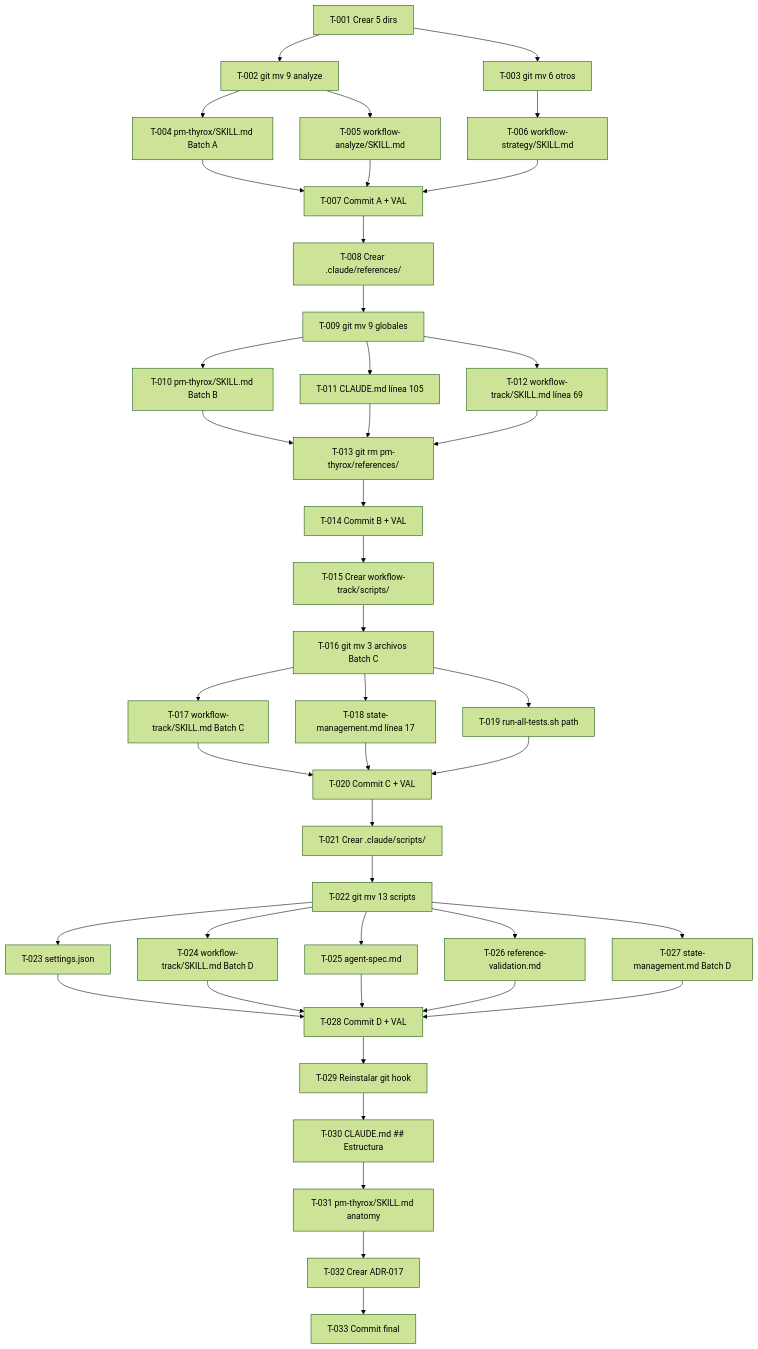
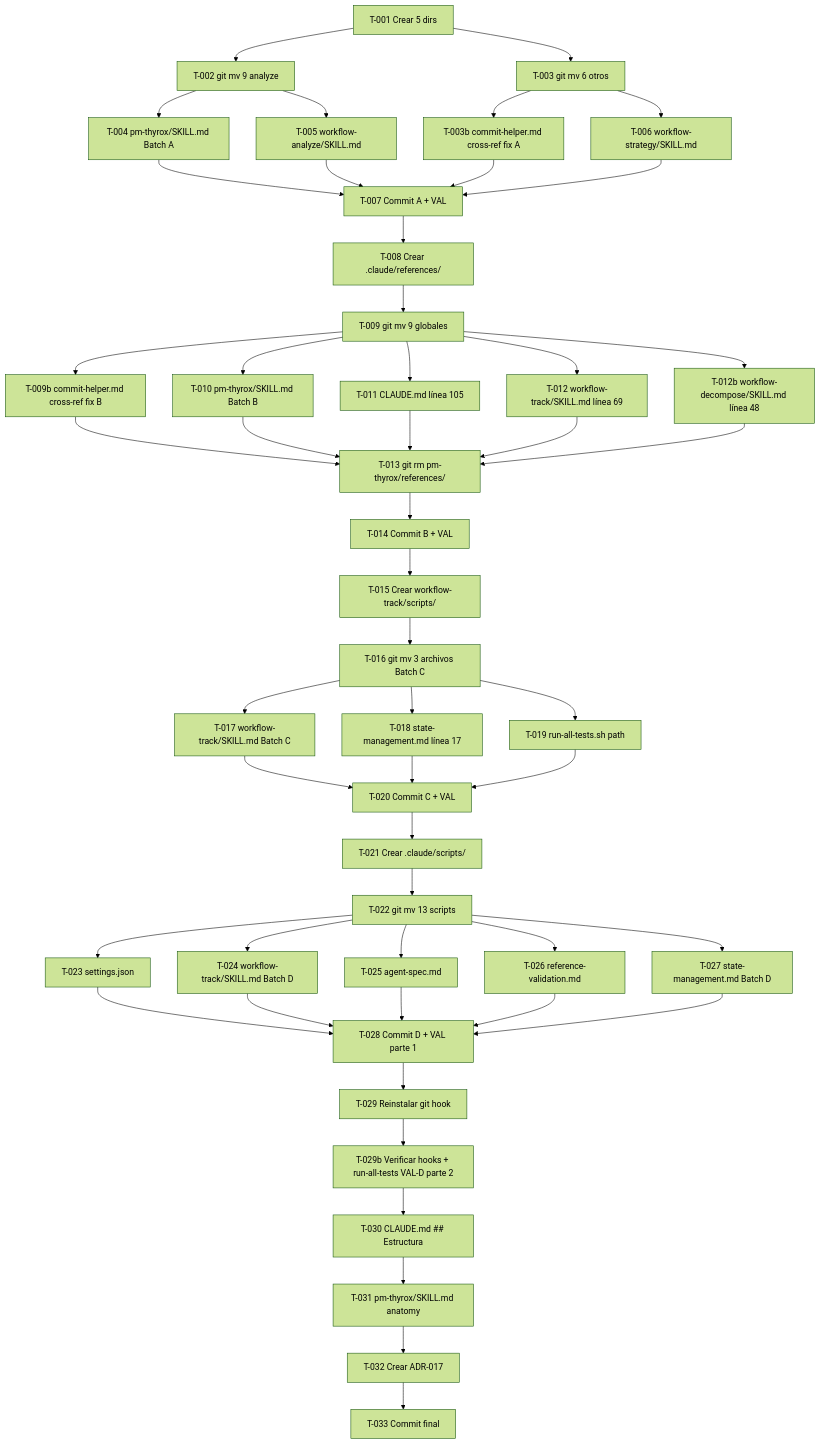
The diagram in .claude/context/work/2026-04-09-03-17-55-skill-references-restructure/skill-references-restructure-task-plan.md (NestorMonroy/thyrox), drawn with Mermaid (forest theme) before and after one commit. The commit also changed other lines of this file, not shown here.

````diff
--- a/.claude/context/work/2026-04-09-03-17-55-skill-references-restructure/skill-references-restructure-task-plan.md
+++ b/.claude/context/work/2026-04-09-03-17-55-skill-references-restructure/skill-references-restructure-task-plan.md
@@ -108,49 +112,56 @@
 ```mermaid
 flowchart TD
     T001[T-001 Crear 5 dirs] --> T002[T-002 git mv 9 analyze]
     T001 --> T003[T-003 git mv 6 otros]
     T002 --> T004[T-004 pm-thyrox/SKILL.md Batch A]
     T002 --> T005[T-005 workflow-analyze/SKILL.md]
+    T003 --> T003b[T-003b commit-helper.md cross-ref fix A]
     T003 --> T006[T-006 workflow-strategy/SKILL.md]
-    T004 --> T007[T-007 Commit A + VAL]
+    T003b --> T007[T-007 Commit A + VAL]
+    T004 --> T007
     T005 --> T007
     T006 --> T007
 
     T007 --> T008[T-008 Crear .claude/references/]
     T008 --> T009[T-009 git mv 9 globales]
+    T009 --> T009b[T-009b commit-helper.md cross-ref fix B]
     T009 --> T010[T-010 pm-thyrox/SKILL.md Batch B]
     T009 --> T011[T-011 CLAUDE.md línea 105]
     T009 --> T012[T-012 workflow-track/SKILL.md línea 69]
-    T010 --> T013[T-013 git rm pm-thyrox/references/]
+    T009 --> T012b[T-012b workflow-decompose/SKILL.md línea 48]
+    T009b --> T013[T-013 git rm pm-thyrox/references/]
+    T010 --> T013
     T011 --> T013
     T012 --> T013
+    T012b --> T013
     T013 --> T014[T-014 Commit B + VAL]
 
     T014 --> T015[T-015 Crear workflow-track/scripts/]
     T015 --> T016[T-016 git mv 3 archivos Batch C]
     T016 --> T017[T-017 workflow-track/SKILL.md Batch C]
     T016 --> T018[T-018 state-management.md línea 17]
     T016 --> T019[T-019 run-all-tests.sh path]
     T017 --> T020[T-020 Commit C + VAL]
     T018 --> T020
     T019 --> T020
 
     T020 --> T021[T-021 Crear .claude/scripts/]
     T021 --> T022[T-022 git mv 13 scripts]
     T022 --> T023[T-023 settings.json]
     T022 --> T024[T-024 workflow-track/SKILL.md Batch D]
     T022 --> T025[T-025 agent-spec.md]
     T022 --> T026[T-026 reference-validation.md]
     T022 --> T027[T-027 state-management.md Batch D]
-    T023 --> T028[T-028 Commit D + VAL]
+    T023 --> T028[T-028 Commit D + VAL parte 1]
     T024 --> T028
     T025 --> T028
     T026 --> T028
     T027 --> T028
     T028 --> T029[T-029 Reinstalar git hook]
+    T029 --> T029b[T-029b Verificar hooks + run-all-tests VAL-D parte 2]
 
-    T029 --> T030[T-030 CLAUDE.md ## Estructura]
+    T029b --> T030[T-030 CLAUDE.md ## Estructura]
     T030 --> T031[T-031 pm-thyrox/SKILL.md anatomy]
     T031 --> T032[T-032 Crear ADR-017]
     T032 --> T033[T-033 Commit final]
 ```
````
